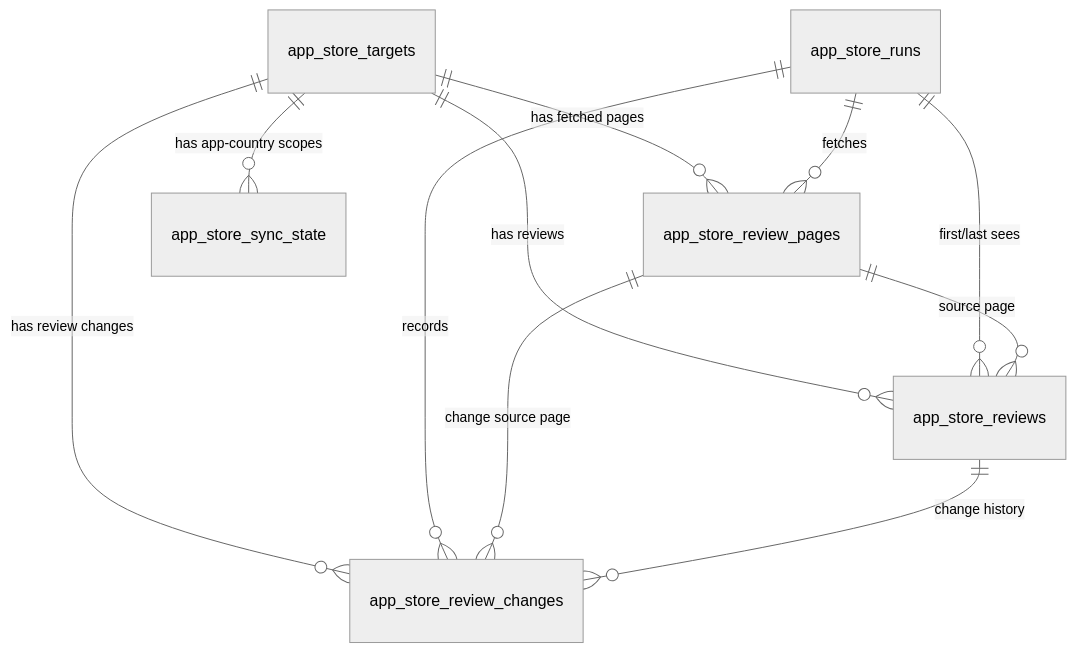
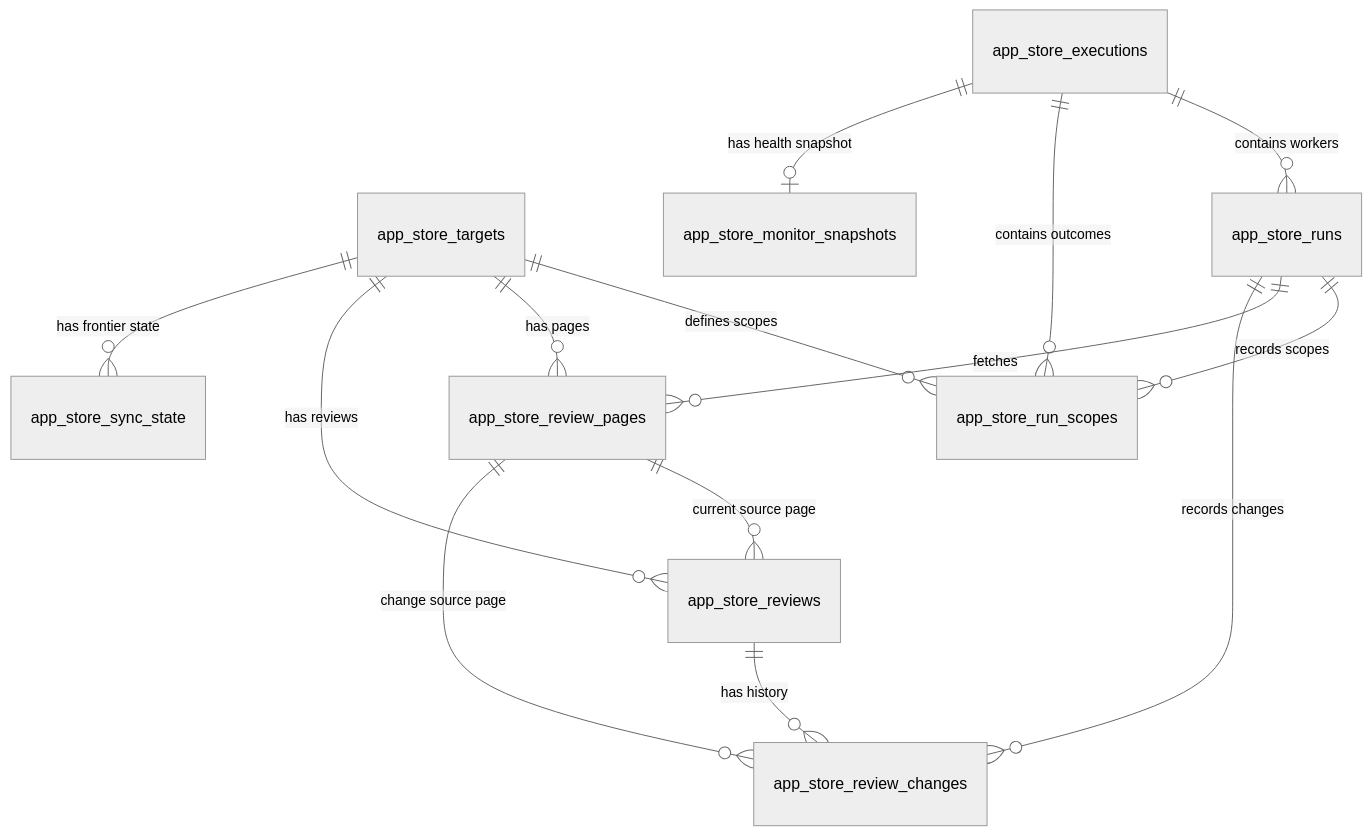
The diagram in docs/storage_schema.md (XVvvVX-bot/app-store-review-pipeline), drawn with Mermaid (neutral theme) before and after one commit. The commit also changed other lines of this file and 12 other files, not shown here.

````diff
--- a/docs/storage_schema.md
+++ b/docs/storage_schema.md
@@ -300,16 +146,19 @@
 ```mermaid
 erDiagram
-    app_store_targets ||--o{ app_store_review_pages : "has fetched pages"
+    app_store_targets ||--o{ app_store_run_scopes : "defines scopes"
+    app_store_targets ||--o{ app_store_review_pages : "has pages"
     app_store_targets ||--o{ app_store_reviews : "has reviews"
-    app_store_targets ||--o{ app_store_sync_state : "has app-country scopes"
-    app_store_targets ||--o{ app_store_review_changes : "has review changes"
+    app_store_targets ||--o{ app_store_sync_state : "has frontier state"
 
+    app_store_executions ||--o{ app_store_runs : "contains workers"
+    app_store_executions ||--o{ app_store_run_scopes : "contains outcomes"
+    app_store_executions ||--o| app_store_monitor_snapshots : "has health snapshot"
+
+    app_store_runs ||--o{ app_store_run_scopes : "records scopes"
     app_store_runs ||--o{ app_store_review_pages : "fetches"
-    app_store_runs ||--o{ app_store_reviews : "first/last sees"
-    app_store_runs ||--o{ app_store_review_changes : "records"
+    app_store_runs ||--o{ app_store_review_changes : "records changes"
 
-    app_store_review_pages ||--o{ app_store_reviews : "source page"
+    app_store_review_pages ||--o{ app_store_reviews : "current source page"
     app_store_review_pages ||--o{ app_store_review_changes : "change source page"
-
-    app_store_reviews ||--o{ app_store_review_changes : "change history"
+    app_store_reviews ||--o{ app_store_review_changes : "has history"
 ```
````
